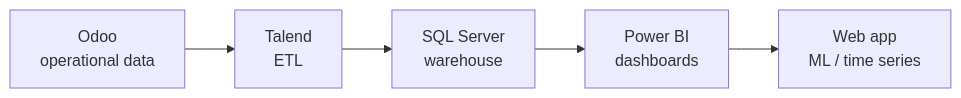
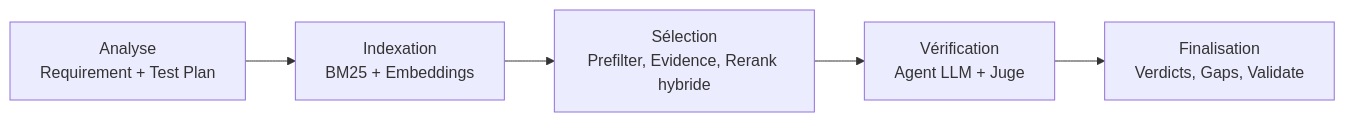
One commit to badisAM/badisAM changed the first of 2 diagrams in README.md. Above: the diagram before and after it, drawn with Mermaid. The commit also changed other lines of this file, not shown here.

````diff
--- a/README.md
+++ b/README.md
@@ -42,7 +54,7 @@
 ```mermaid
 flowchart LR
-    A[Odoo<br/>operational data] --> B[Talend<br/>ETL]
-    B --> C[SQL Server<br/>warehouse]
-    C --> D[Power BI<br/>dashboards]
-    D --> E[Web app<br/>ML / time series]
+    A["Analyse<br/>Requirement + Test Plan"] --> B["Indexation<br/>BM25 + Embeddings"]
+    B --> C["Sélection<br/>Prefilter, Evidence, Rerank hybride"]
+    C --> D["Vérification<br/>Agent LLM + Juge"]
+    D --> E["Finalisation<br/>Verdicts, Gaps, Validate"]
 ```
````
